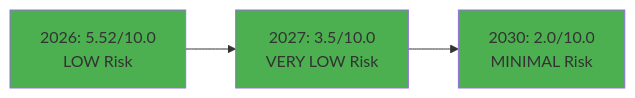
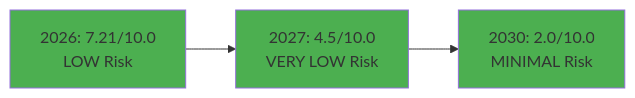
One commit to Hack23/riksdagsmonitor changed the ninth of 9 diagrams in FUTURE_SECURITY_ARCHITECTURE.md. Above: the diagram before and after it, drawn with Mermaid. The commit also changed other lines of this file, not shown here.

Commit message:
Update FUTURE_SECURITY_ARCHITECTURE.md with current state and roadmap (v1.1)

````diff
--- a/FUTURE_SECURITY_ARCHITECTURE.md
+++ b/FUTURE_SECURITY_ARCHITECTURE.md
@@ -574,9 +595,9 @@
 ```mermaid
 graph LR
-    Current[2026: 5.52/10.0<br/>LOW Risk] --> Enhanced[2027: 3.5/10.0<br/>VERY LOW Risk]
+    Current[2026: 7.21/10.0<br/>LOW Risk] --> Enhanced[2027: 4.5/10.0<br/>VERY LOW Risk]
     Enhanced --> Optimized[2030: 2.0/10.0<br/>MINIMAL Risk]
     
     style Current fill:#4caf50
     style Enhanced fill:#4caf50
     style Optimized fill:#4caf50
 ```
````
